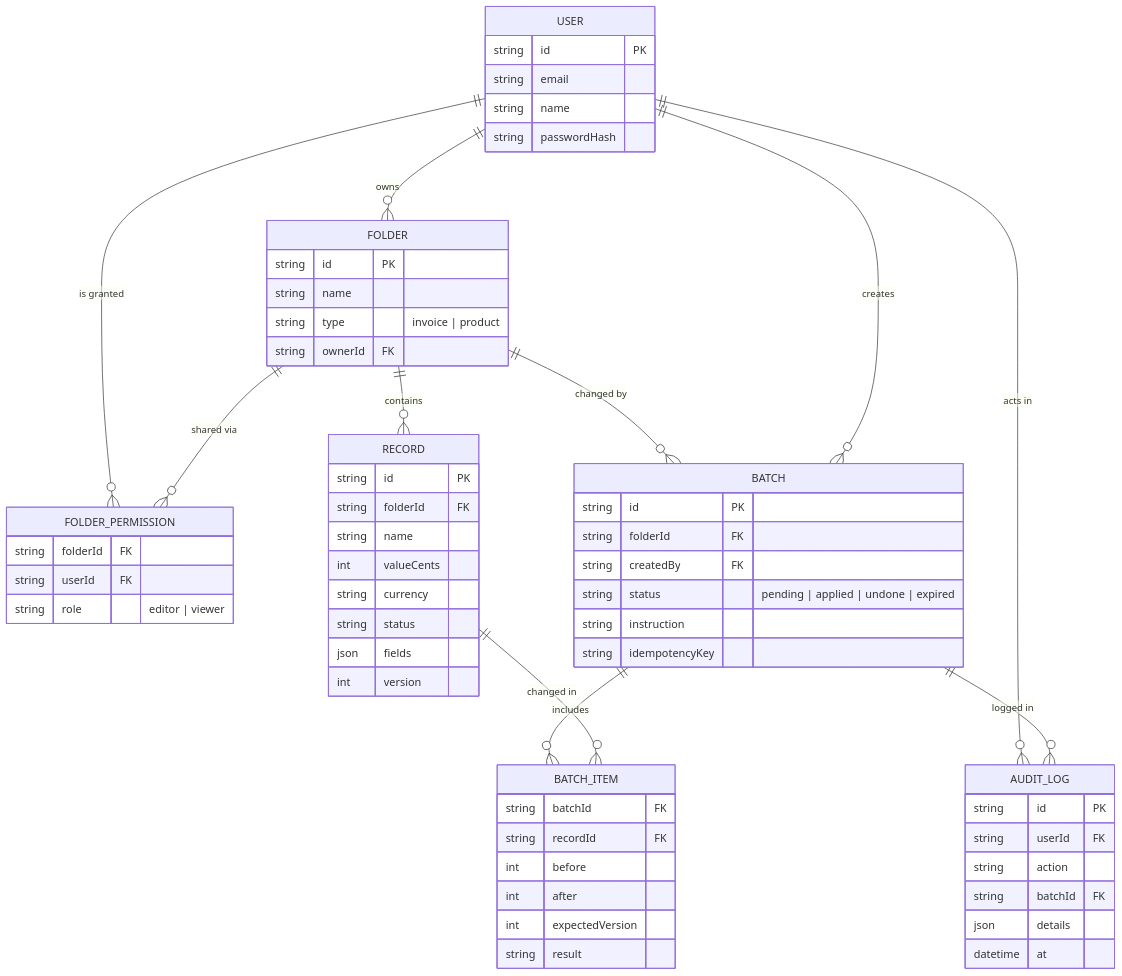
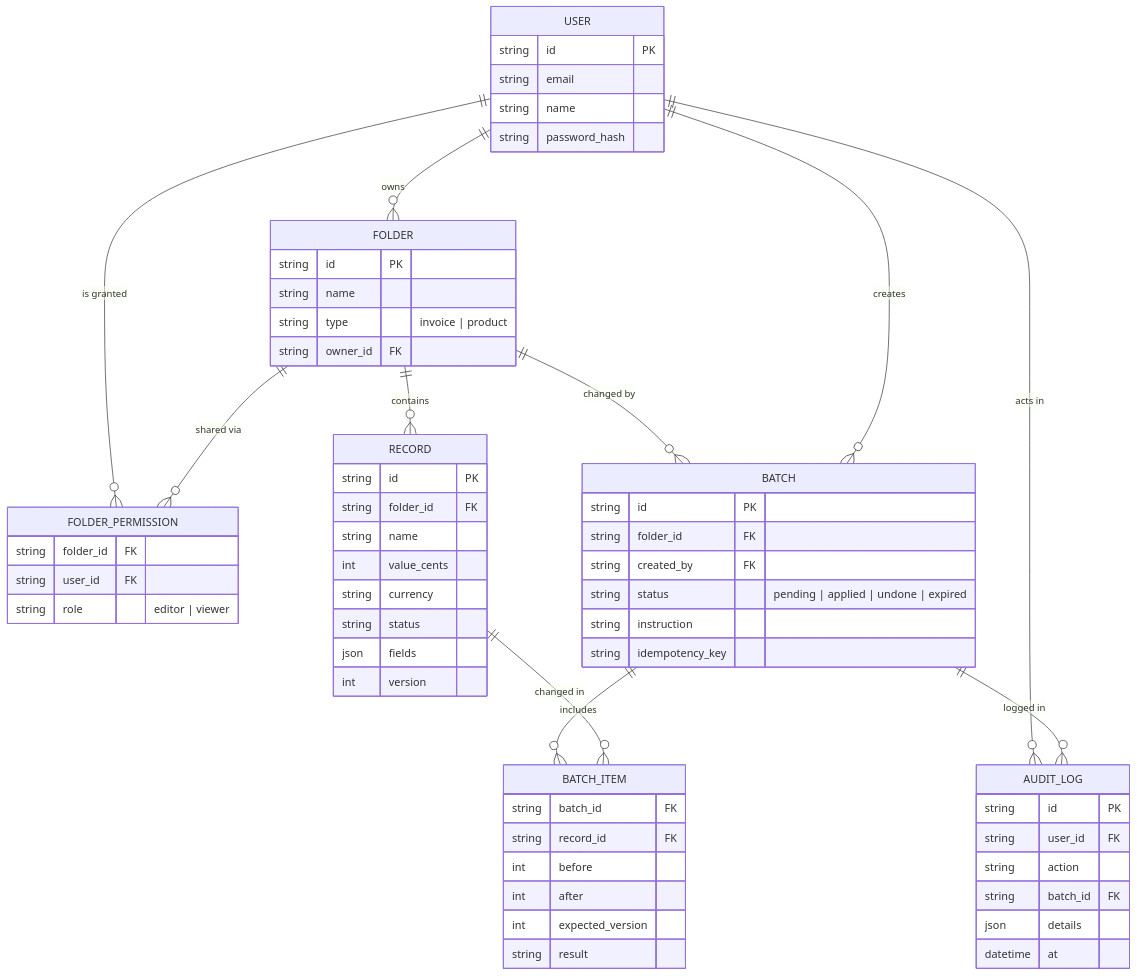
The fourth of 4 diagrams in docs/architecture/ARCHITECTURE.md (lovelyrontech-wq/ledgerly), drawn with Mermaid before and after one commit. The commit also changed other lines of this file and 71 other files, not shown here.

````diff
--- a/docs/architecture/ARCHITECTURE.md
+++ b/docs/architecture/ARCHITECTURE.md
@@ -154,65 +156,65 @@
 ```mermaid
 erDiagram
     USER ||--o{ FOLDER : owns
     USER ||--o{ FOLDER_PERMISSION : "is granted"
     FOLDER ||--o{ FOLDER_PERMISSION : "shared via"
     FOLDER ||--o{ RECORD : contains
     FOLDER ||--o{ BATCH : "changed by"
     BATCH ||--o{ BATCH_ITEM : includes
     RECORD ||--o{ BATCH_ITEM : "changed in"
     USER ||--o{ BATCH : creates
     USER ||--o{ AUDIT_LOG : "acts in"
     BATCH ||--o{ AUDIT_LOG : "logged in"
 
     USER {
         string id PK
         string email
         string name
-        string passwordHash
+        string password_hash
     }
     FOLDER {
         string id PK
         string name
         string type "invoice | product"
-        string ownerId FK
+        string owner_id FK
     }
     FOLDER_PERMISSION {
-        string folderId FK
-        string userId FK
+        string folder_id FK
+        string user_id FK
         string role "editor | viewer"
     }
     RECORD {
         string id PK
-        string folderId FK
+        string folder_id FK
         string name
-        int valueCents
+        int value_cents
         string currency
         string status
         json fields
         int version
     }
     BATCH {
         string id PK
-        string folderId FK
-        string createdBy FK
+        string folder_id FK
+        string created_by FK
         string status "pending | applied | undone | expired"
         string instruction
-        string idempotencyKey
+        string idempotency_key
     }
     BATCH_ITEM {
-        string batchId FK
-        string recordId FK
+        string batch_id FK
+        string record_id FK
         int before
         int after
-        int expectedVersion
+        int expected_version
         string result
     }
     AUDIT_LOG {
         string id PK
-        string userId FK
+        string user_id FK
         string action
-        string batchId FK
+        string batch_id FK
         json details
         datetime at
     }
 ```
````
